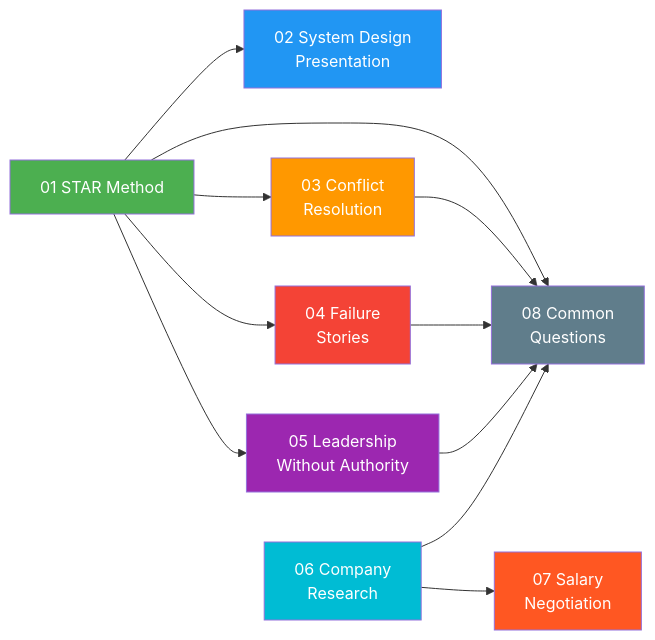
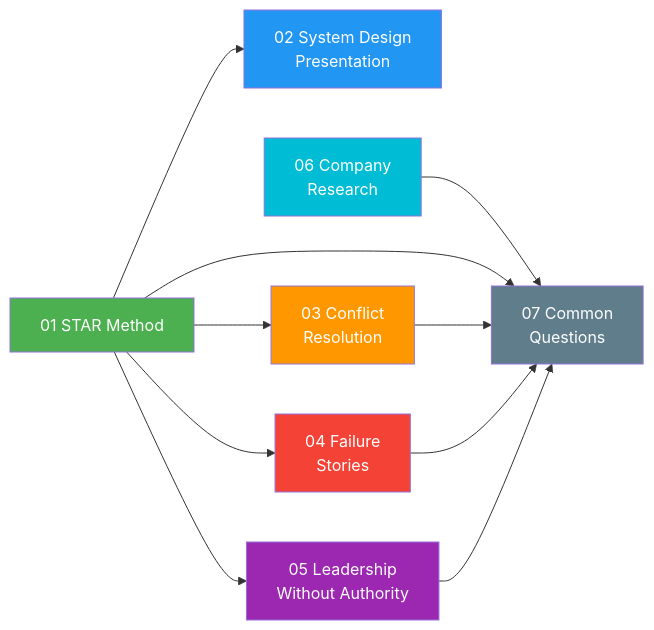
Before and after one commit to thearpitanand/interview-prep-guide: the second of 3 diagrams in 04-behavioral/communication/00-README.md, drawn with Mermaid. The commit also changed other lines of this file and 133 other files, not shown here.

````diff
--- a/04-behavioral/communication/00-README.md
+++ b/04-behavioral/communication/00-README.md
@@ -27,22 +26,20 @@
 ```mermaid
 graph LR
     A[01 STAR Method] --> B[02 System Design<br/>Presentation]
     A --> C[03 Conflict<br/>Resolution]
     A --> D[04 Failure<br/>Stories]
     A --> E[05 Leadership<br/>Without Authority]
-    F[06 Company<br/>Research] --> G[07 Salary<br/>Negotiation]
-    A --> H[08 Common<br/>Questions]
-    C --> H
-    D --> H
-    E --> H
-    F --> H
+    F[06 Company<br/>Research] --> G[07 Common<br/>Questions]
+    A --> G
+    C --> G
+    D --> G
+    E --> G
 
     style A fill:#4CAF50,color:#fff
     style B fill:#2196F3,color:#fff
     style C fill:#FF9800,color:#fff
     style D fill:#f44336,color:#fff
     style E fill:#9C27B0,color:#fff
     style F fill:#00BCD4,color:#fff
-    style G fill:#FF5722,color:#fff
-    style H fill:#607D8B,color:#fff
+    style G fill:#607D8B,color:#fff
 ```
````
